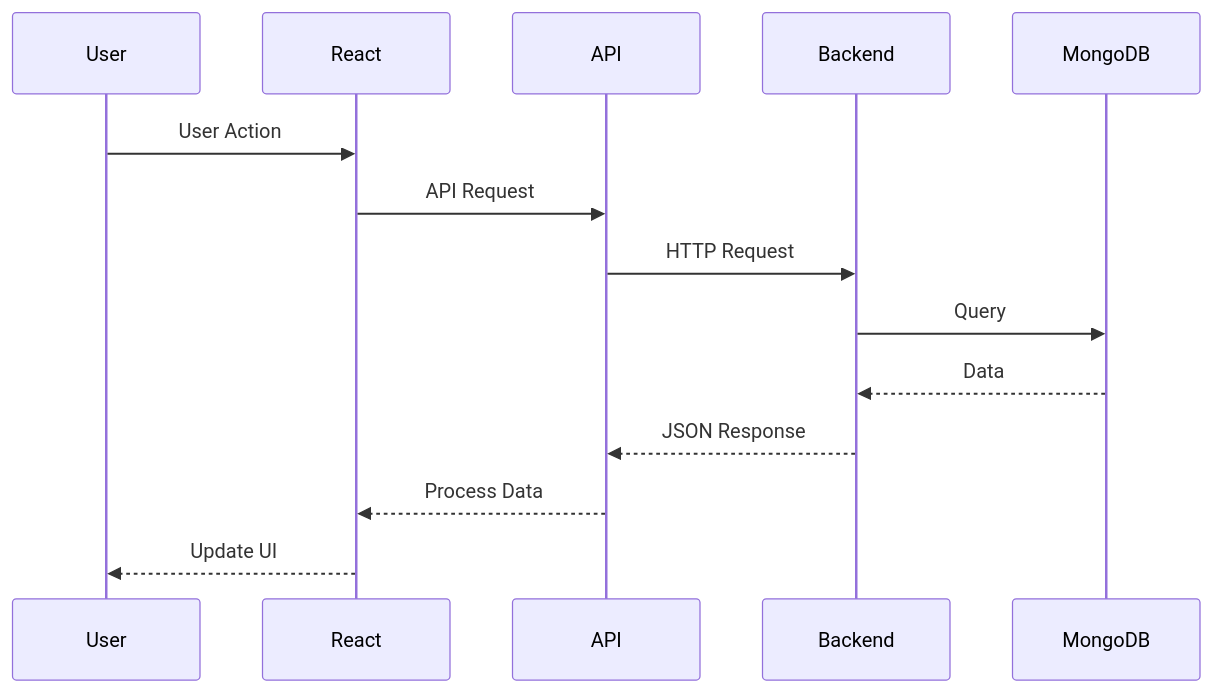
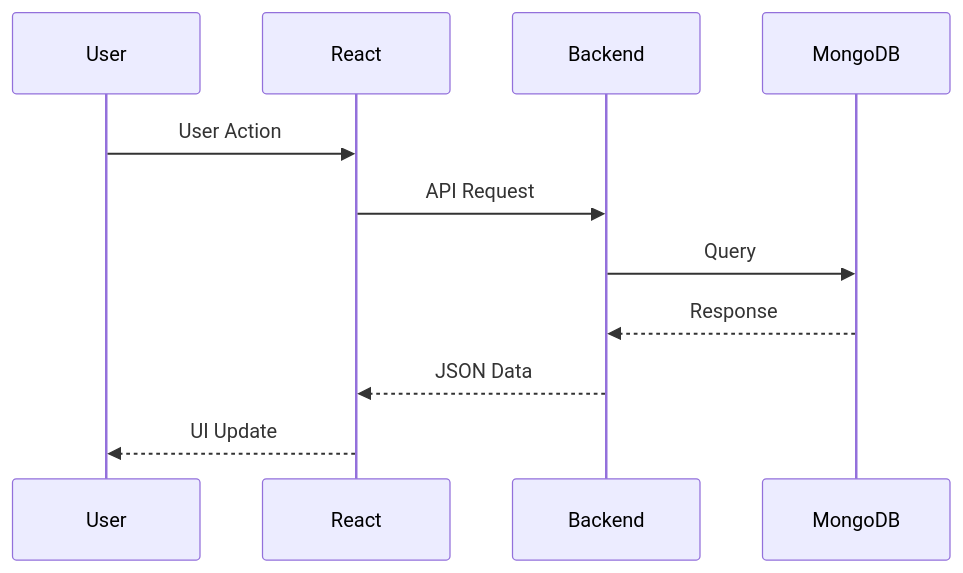
The second of 2 diagrams in docs/phase-3-frontend.md (AvneshTech/TrueLens-AI-Powered-News-Intelligence-Platform), drawn with Mermaid before and after one commit. The commit also changed other lines of this file, not shown here.

````diff
--- a/docs/phase-3-frontend.md
+++ b/docs/phase-3-frontend.md
@@ -82,17 +157,20 @@
 ```mermaid
 sequenceDiagram
-    participant User
-    participant React
-    participant API
-    participant Backend
-    participant MongoDB
 
-    User->>React: User Action
-    React->>API: API Request
-    API->>Backend: HTTP Request
-    Backend->>MongoDB: Query
-    MongoDB-->>Backend: Data
-    Backend-->>API: JSON Response
-    API-->>React: Process Data
-    React-->>User: Update UI
+participant User
+participant React
+participant Backend
+participant MongoDB
+
+User->>React: User Action
+
+React->>Backend: API Request
+
+Backend->>MongoDB: Query
+
+MongoDB-->>Backend: Response
+
+Backend-->>React: JSON Data
+
+React-->>User: UI Update
 ```
````
